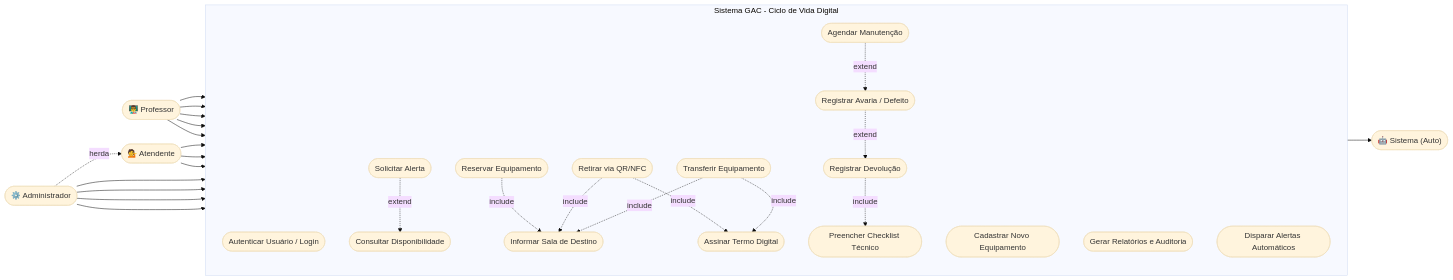
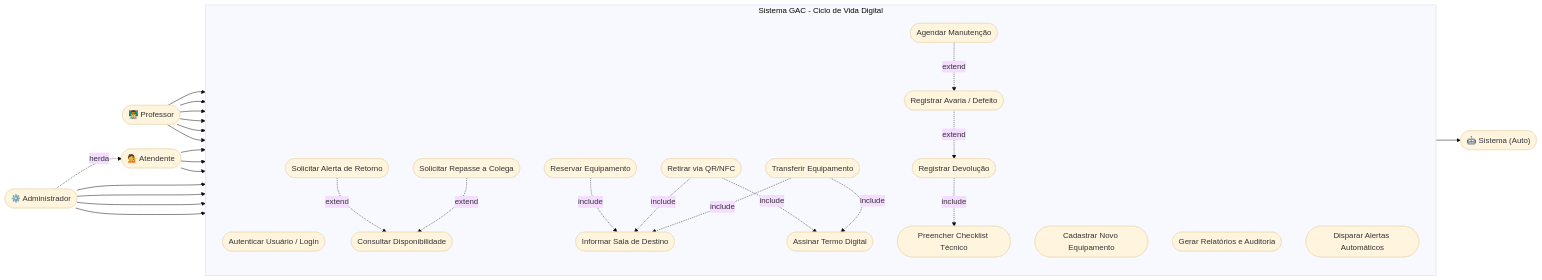
One commit to VinnerKyther/requisitos-2026-requisitos-production changed the diagram in Requisitos/Diagramas/Diagrama-de-Casos-de-Uso.md. Above: the diagram before and after it, drawn with Mermaid (base theme).

````diff
--- a/Requisitos/Diagramas/Diagrama-de-Casos-de-Uso.md
+++ b/Requisitos/Diagramas/Diagrama-de-Casos-de-Uso.md
@@ -1,65 +1,68 @@
 ```mermaid
 flowchart LR
     %% Atores da Esquerda
     Prof(["👨‍🏫 Professor"])
     Atend(["💁 Atendente"])
     Admin(["⚙️ Administrador"])
 
     subgraph Plataforma_GAC ["Sistema GAC - Ciclo de Vida Digital"]
         direction TB
         Login(["Autenticar Usuário / Login"])
         Consultar(["Consultar Disponibilidade"])
-        Alerta(["Solicitar Alerta"])
+        Alerta(["Solicitar Alerta de Retorno"])
+        SolicitarRepasse(["Solicitar Repasse a Colega"])
         Reservar(["Reservar Equipamento"])
         Retirar(["Retirar via QR/NFC"])
         Transferir(["Transferir Equipamento"])
         Termo(["Assinar Termo Digital"])
         Sala(["Informar Sala de Destino"])
         Devolver(["Registrar Devolução"])
         Checklist(["Preencher Checklist Técnico"])
         Avaria(["Registrar Avaria / Defeito"])
         Cadastrar(["Cadastrar Novo Equipamento"])
         Manutencao(["Agendar Manutenção"])
         Relatorios(["Gerar Relatórios e Auditoria"])
         AlertasAuto(["Disparar Alertas Automáticos"])
     end
 
     %% Ator da Direita
     Sis(["🤖 Sistema (Auto)"])
 
-    %% Ligações Principais (usando setas para forçar os atores à esquerda)
+    %% Ligações Principais
     Prof --> Login
     Prof --> Consultar
+    Prof --> SolicitarRepasse
     Prof --> Reservar
     Prof --> Retirar
     Prof --> Transferir
     
     Atend --> Login
     Atend --> Consultar
     Atend --> Devolver
     
     Admin --> Login
     Admin --> Cadastrar
     Admin --> Manutencao
     Admin --> Relatorios
 
-    %% O Sistema Automático fica na direita pois a seta aponta para ele
+    %% O Sistema Automático
     AlertasAuto --> Sis
 
     %% Herança do Administrador
     Admin -.->|herda| Atend
 
     %% Relacionamentos Internos (Includes e Extends)
     Alerta -.->|extend| Consultar
+    SolicitarRepasse -.->|extend| Consultar
     
     Reservar -.->|include| Sala
     Retirar -.->|include| Sala
     Transferir -.->|include| Sala
     
     Retirar -.->|include| Termo
     Transferir -.->|include| Termo
 
     Devolver -.->|include| Checklist
     Avaria -.->|extend| Devolver
     Manutencao -.->|extend| Avaria
 ```
````
